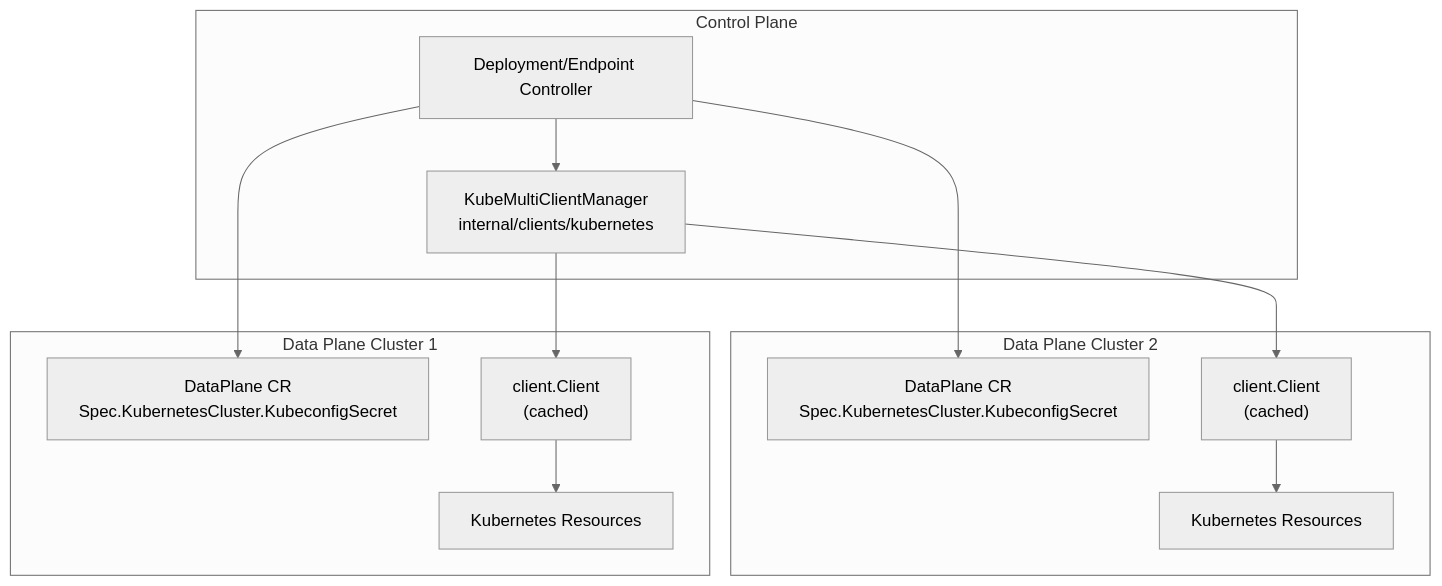
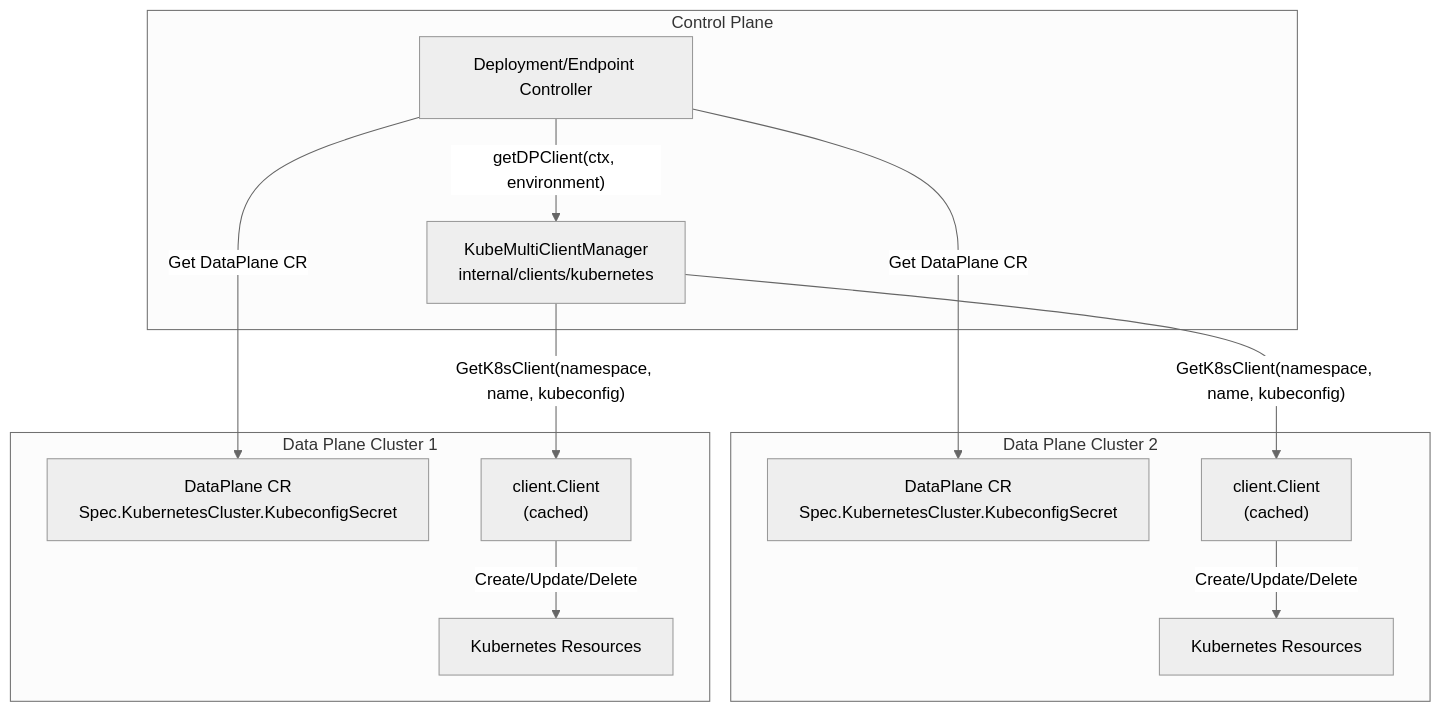
The seventh of 9 diagrams in docs/deepwiki/Resource-Handlers.md (openchoreo/openchoreo), drawn with Mermaid (neutral theme) before and after one commit. The commit also changed other lines of this file and 85 other files, not shown here.

Commit message:
feat: Add new workflow and specification templates, update Helm chart dependencies, and clarify documentation diagrams.

````diff
--- a/docs/deepwiki/Resource-Handlers.md
+++ b/docs/deepwiki/Resource-Handlers.md
@@ -467,37 +467,37 @@
 ```mermaid
 flowchart TD
 
 Controller["Deployment/Endpoint Controller"]
 MultiClientMgr["KubeMultiClientManager<br>internal/clients/kubernetes"]
 DP1["DataPlane CR<br>Spec.KubernetesCluster.KubeconfigSecret"]
 DP1Client["client.Client<br>(cached)"]
 DP1Resources["Kubernetes Resources"]
 DP2["DataPlane CR<br>Spec.KubernetesCluster.KubeconfigSecret"]
 DP2Client["client.Client<br>(cached)"]
 DP2Resources["Kubernetes Resources"]
 
-Controller --> DP1
-Controller --> DP2
-MultiClientMgr --> DP1Client
-MultiClientMgr --> DP2Client
+Controller -->|"Get DataPlane CR"| DP1
+Controller -->|"Get DataPlane CR"| DP2
+MultiClientMgr -->|"GetK8sClient(namespace, name, kubeconfig)"| DP1Client
+MultiClientMgr -->|"GetK8sClient(namespace, name, kubeconfig)"| DP2Client
 
 subgraph subGraph2 ["Data Plane Cluster 2"]
     DP2
     DP2Client
     DP2Resources
-    DP2Client --> DP2Resources
+    DP2Client -->|"Create/Update/Delete"| DP2Resources
 end
 
 subgraph subGraph1 ["Data Plane Cluster 1"]
     DP1
     DP1Client
     DP1Resources
-    DP1Client --> DP1Resources
+    DP1Client -->|"Create/Update/Delete"| DP1Resources
 end
 
 subgraph subGraph0 ["Control Plane"]
     Controller
     MultiClientMgr
-    Controller --> MultiClientMgr
+    Controller -->|"getDPClient(ctx, environment)"| MultiClientMgr
 end
 ```
````
